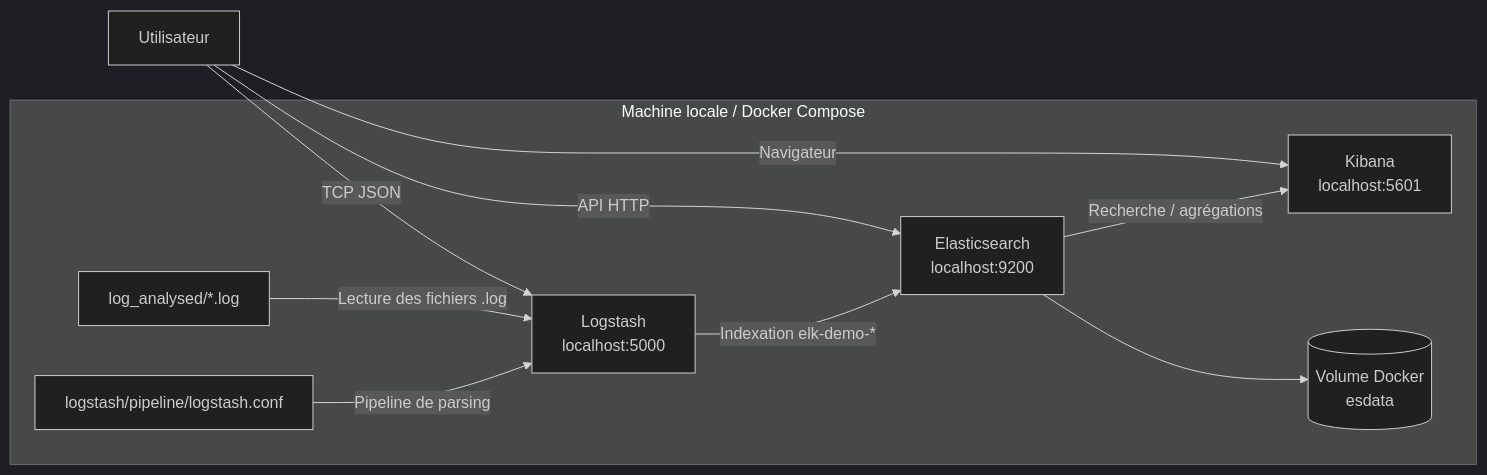
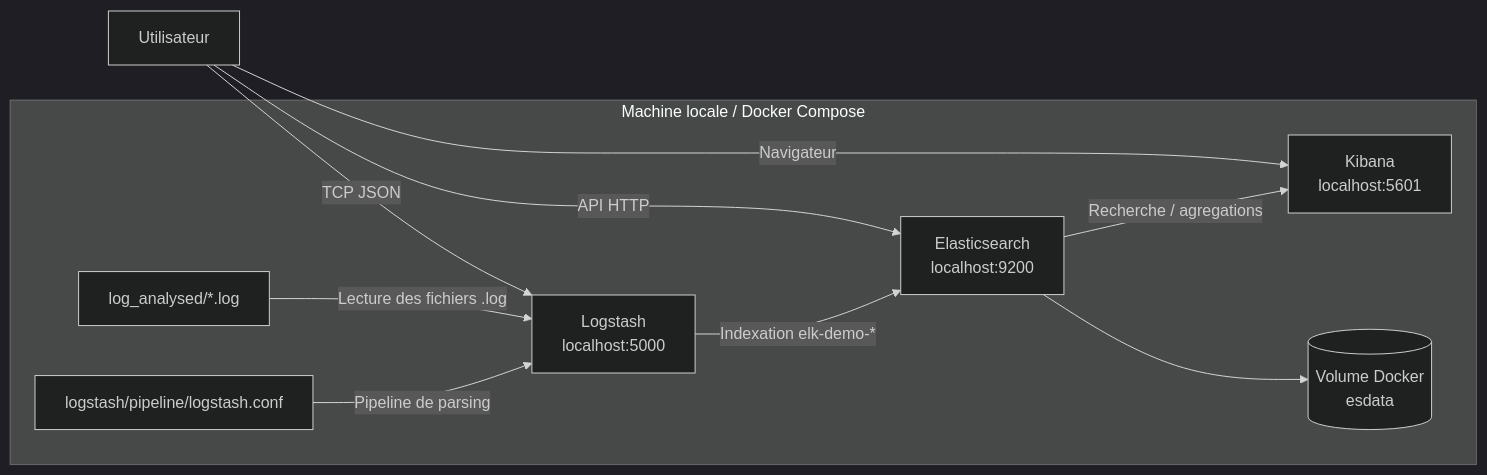
The diagram in README.md (RobinThiriet/ELK), drawn with Mermaid (dark theme) before and after one commit. The commit also changed other lines of this file, not shown here.

````diff
--- a/README.md
+++ b/README.md
@@ -25,18 +25,18 @@
 ```mermaid
 flowchart LR
     U[Utilisateur] -->|Navigateur| K[Kibana<br/>localhost:5601]
     U -->|API HTTP| E[Elasticsearch<br/>localhost:9200]
     U -->|TCP JSON| L[Logstash<br/>localhost:5000]
 
     subgraph HOST[Machine locale / Docker Compose]
         LF[log_analysed/*.log]
         LP[logstash/pipeline/logstash.conf]
         ED[(Volume Docker<br/>esdata)]
 
         LF -->|Lecture des fichiers .log| L
         LP -->|Pipeline de parsing| L
         L -->|Indexation elk-demo-*| E
-        E -->|Recherche / agrégations| K
+        E -->|Recherche / agregations| K
         E --> ED
     end
 ```
````
